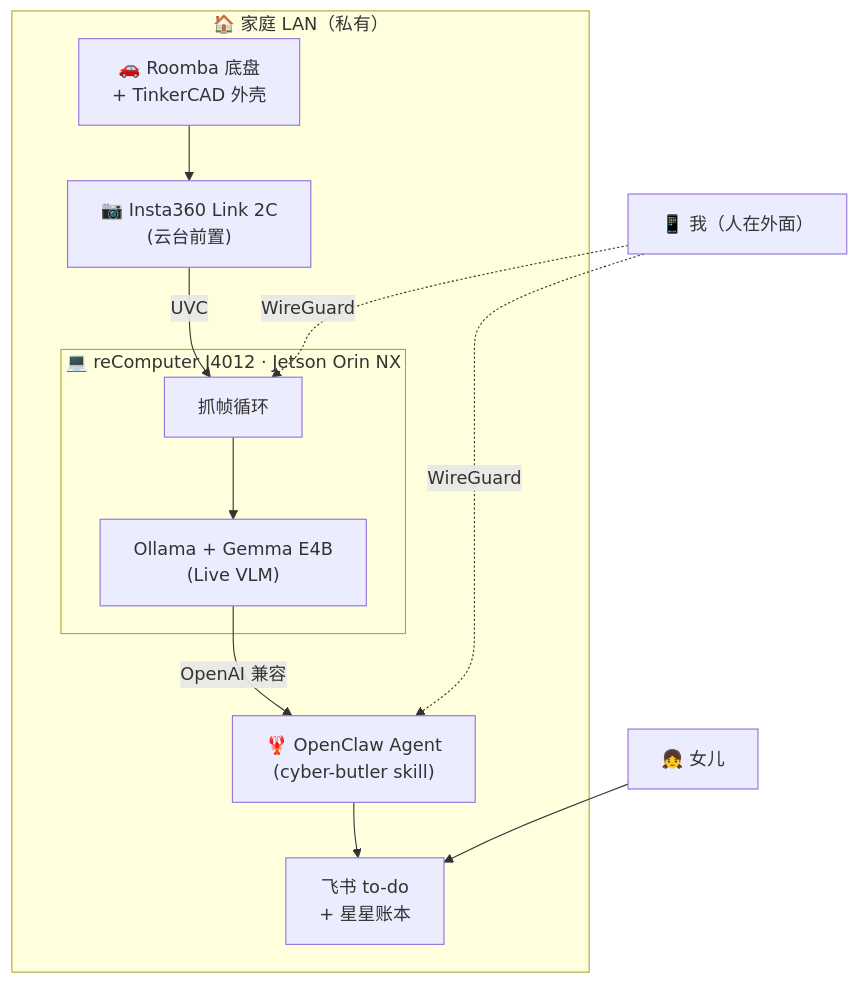
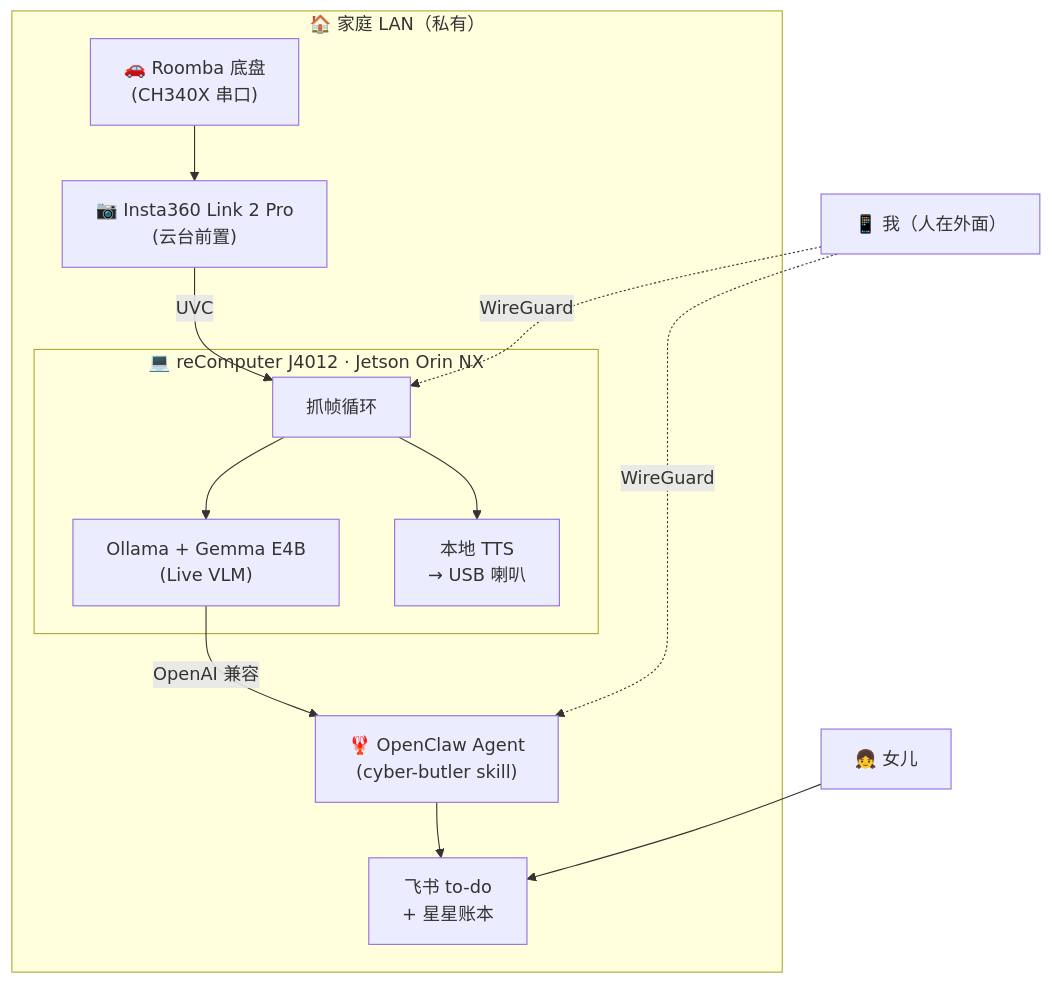
One commit to peterpanstechland/peterpanstechland.github.io changed the second of 2 diagrams in i18n/zh-Hans/docusaurus-plugin-content-docs/current/hackathons/2026/roomba-vllm.md. Above: the diagram before and after it, drawn with Mermaid. The commit also changed other lines of this file and 17 other files, not shown here.

````diff
--- a/i18n/zh-Hans/docusaurus-plugin-content-docs/current/hackathons/2026/roomba-vllm.md
+++ b/i18n/zh-Hans/docusaurus-plugin-content-docs/current/hackathons/2026/roomba-vllm.md
@@ -125,21 +185,22 @@
 ```mermaid
 graph TB
     subgraph home ["🏠 家庭 LAN（私有）"]
-        Roomba["🚗 Roomba 底盘<br/>+ TinkerCAD 外壳"]
-        Roomba --> Cam["📷 Insta360 Link 2C<br/>(云台前置)"]
+        Roomba["🚗 Roomba 底盘<br/>(CH340X 串口)"]
+        Roomba --> Cam["📷 Insta360 Link 2 Pro<br/>(云台前置)"]
         Cam -->|"UVC"| Jetson
 
         subgraph jetson ["💻 reComputer J4012 · Jetson Orin NX"]
             Jetson["抓帧循环"]
             Jetson --> Ollama["Ollama + Gemma E4B<br/>(Live VLM)"]
+            Jetson --> TTS["本地 TTS<br/>→ USB 喇叭"]
         end
 
         Ollama -->|"OpenAI 兼容"| OpenClaw["🦞 OpenClaw Agent<br/>(cyber-butler skill)"]
         OpenClaw --> Feishu["飞书 to-do<br/>+ 星星账本"]
     end
 
     Phone["📱 我（人在外面）"] -.->|"WireGuard"| OpenClaw
     Phone -.->|"WireGuard"| Jetson
 
     Kid["👧 女儿"] --> Feishu
 ```
````
